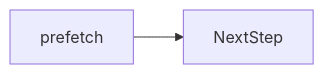
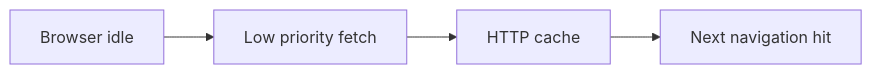
Before and after one commit to OmidJavaherii/Frontend-Engineering-Handbook: the diagram in docs/en/04-html/prefetch/index.md, drawn with Mermaid. The commit also changed other lines of this file and 461 other files, not shown here.

````diff
--- a/docs/en/04-html/prefetch/index.md
+++ b/docs/en/04-html/prefetch/index.md
@@ -95,4 +109,6 @@
 ```mermaid
 flowchart LR
-  concept[prefetch] --> nextStep[NextStep]
+  Idle[Browser idle] --> Prefetch[Low priority fetch]
+  Prefetch --> Cache[HTTP cache]
+  Cache --> Nav[Next navigation hit]
 ```
````
